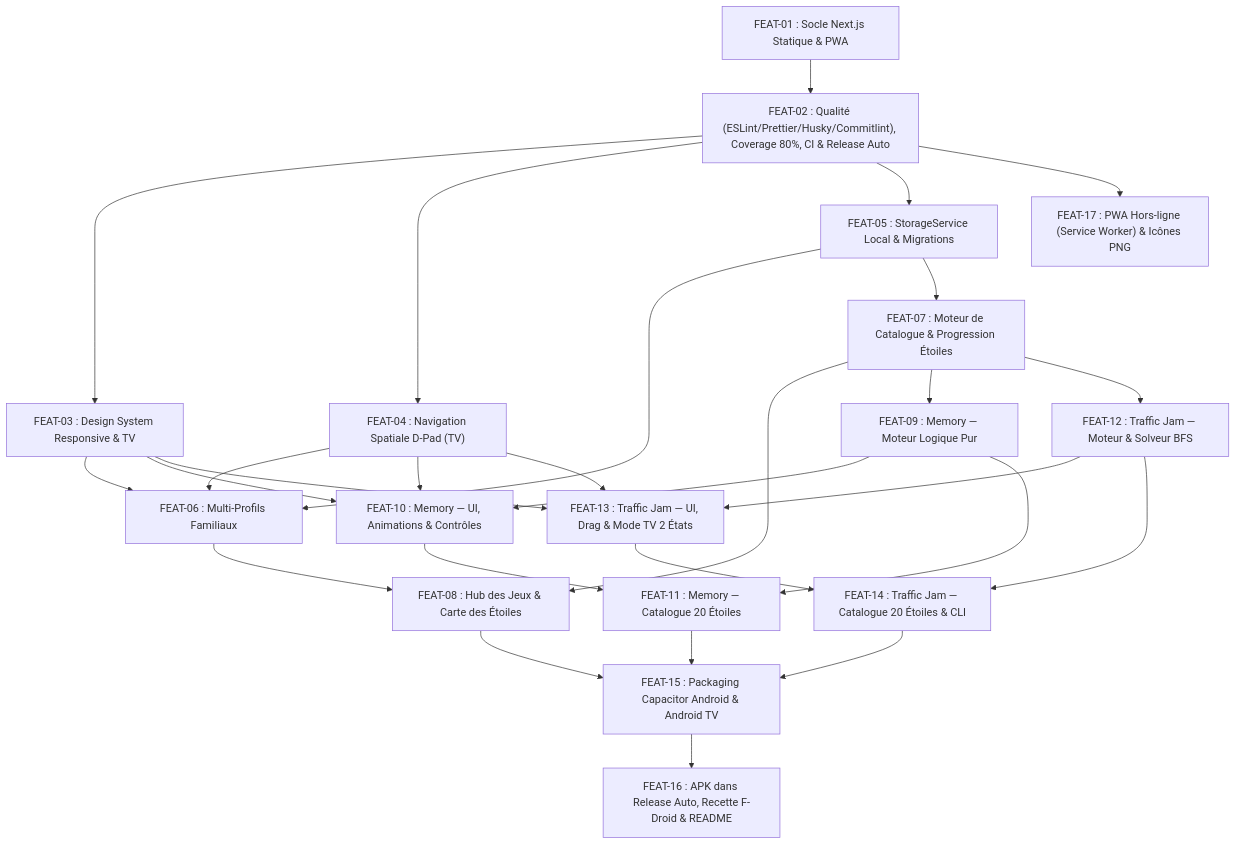
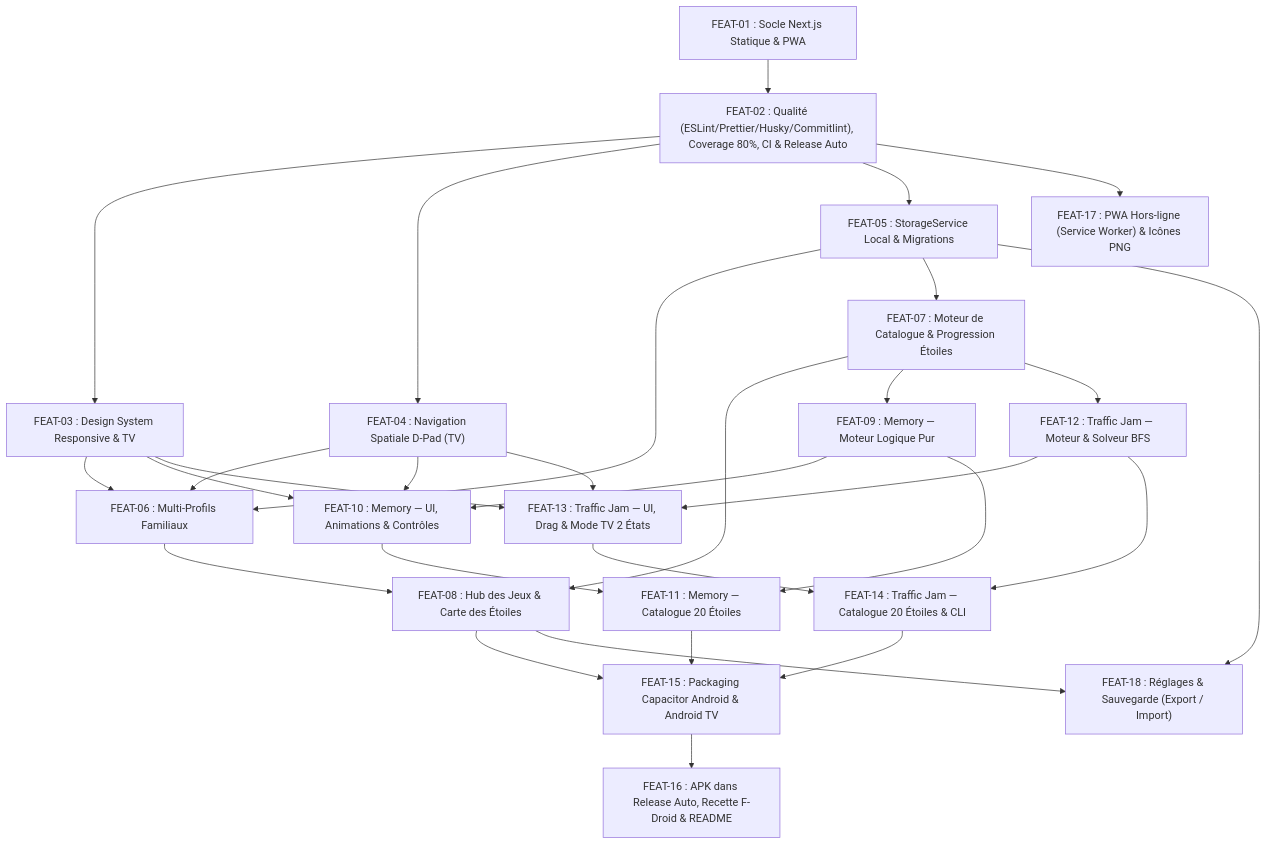
Before and after one commit to youtix/mia: the third of 3 diagrams in docs/SPECIFICATION.md, drawn with Mermaid. The commit also changed other lines of this file and 16 other files, not shown here.

Commit message:
feat(storage): add local storage service with schema migration (#6)

````diff
--- a/docs/SPECIFICATION.md
+++ b/docs/SPECIFICATION.md
@@ -283,36 +284,39 @@
 ```mermaid
 flowchart TD
     F01["FEAT-01 : Socle Next.js Statique & PWA"] --> F02["FEAT-02 : Qualité (ESLint/Prettier/Husky/Commitlint), Coverage 80%, CI & Release Auto"]
     F02 --> F03["FEAT-03 : Design System Responsive & TV"]
     F02 --> F04["FEAT-04 : Navigation Spatiale D-Pad (TV)"]
     F02 --> F05["FEAT-05 : StorageService Local & Migrations"]
 
     F03 --> F06["FEAT-06 : Multi-Profils Familiaux"]
     F04 --> F06
     F05 --> F06
 
     F05 --> F07["FEAT-07 : Moteur de Catalogue & Progression Étoiles"]
     F06 --> F08["FEAT-08 : Hub des Jeux & Carte des Étoiles"]
     F07 --> F08
 
     F07 --> F09["FEAT-09 : Memory — Moteur Logique Pur"]
     F09 --> F10["FEAT-10 : Memory — UI, Animations & Contrôles"]
     F03 --> F10
     F04 --> F10
     F09 --> F11["FEAT-11 : Memory — Catalogue 20 Étoiles"]
     F10 --> F11
 
     F07 --> F12["FEAT-12 : Traffic Jam — Moteur & Solveur BFS"]
     F12 --> F13["FEAT-13 : Traffic Jam — UI, Drag & Mode TV 2 États"]
     F03 --> F13
     F04 --> F13
     F12 --> F14["FEAT-14 : Traffic Jam — Catalogue 20 Étoiles & CLI"]
     F13 --> F14
 
     F08 --> F15["FEAT-15 : Packaging Capacitor Android & Android TV"]
     F11 --> F15
     F14 --> F15
     F15 --> F16["FEAT-16 : APK dans Release Auto, Recette F-Droid & README"]
 
     F02 --> F17["FEAT-17 : PWA Hors-ligne (Service Worker) & Icônes PNG"]
+
+    F05 --> F18["FEAT-18 : Réglages & Sauvegarde (Export / Import)"]
+    F08 --> F18
 ```
````
